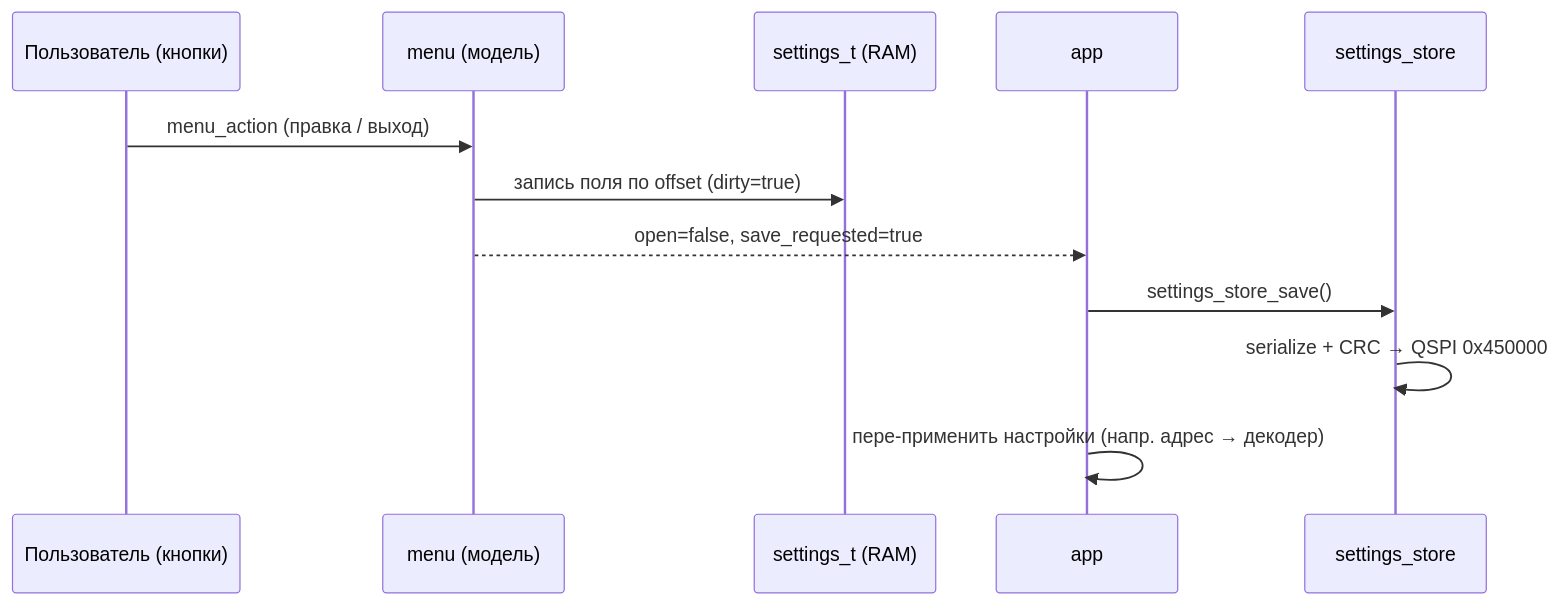
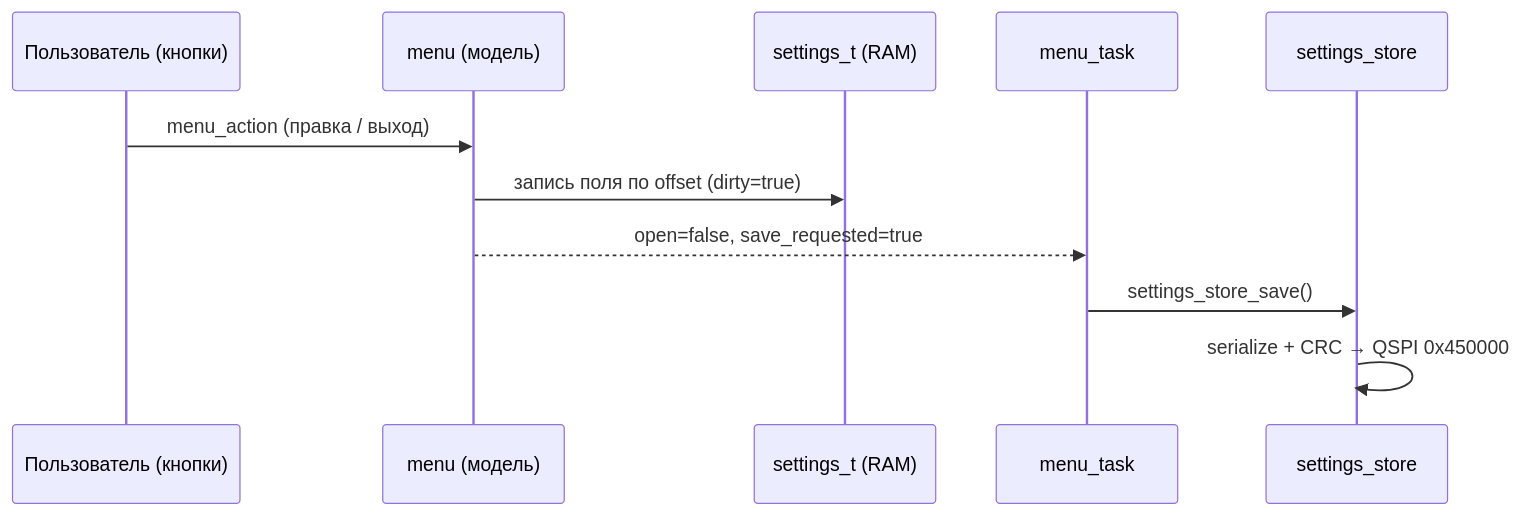
One commit to OSabuser/tft_manufacture_test changed the third of 4 diagrams in docs/tft_app/MENU.md. Above: the diagram before and after it, drawn with Mermaid. The commit also changed other lines of this file and 21 other files, not shown here.

Commit message:
# tft_app: Phase 3.2 - menu & indicator

````diff
--- a/docs/tft_app/MENU.md
+++ b/docs/tft_app/MENU.md
@@ -106,15 +109,14 @@
 ```mermaid
 sequenceDiagram
     participant U as Пользователь (кнопки)
     participant M as menu (модель)
     participant S as settings_t (RAM)
-    participant A as app
+    participant MT as menu_task
     participant St as settings_store
 
     U->>M: menu_action (правка / выход)
     M->>S: запись поля по offset (dirty=true)
-    M-->>A: open=false, save_requested=true
-    A->>St: settings_store_save()
+    M-->>MT: open=false, save_requested=true
+    MT->>St: settings_store_save()
     St->>St: serialize + CRC → QSPI 0x450000
-    A->>A: пере-применить настройки (напр. адрес → декодер)
 ```
````
